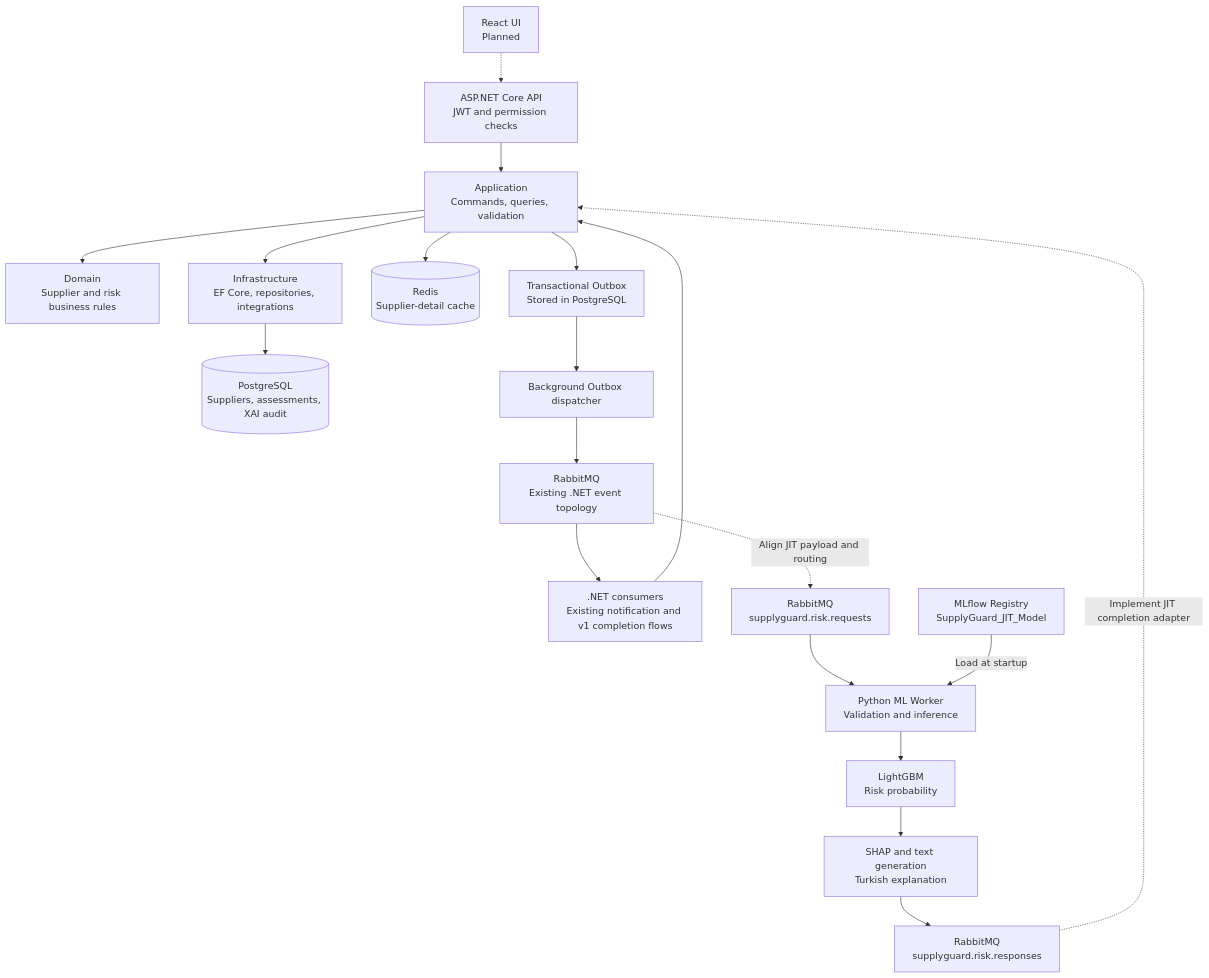
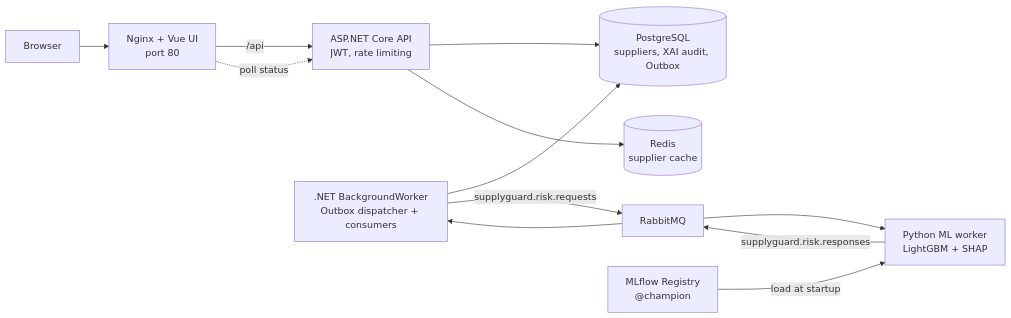
Before and after one commit to FatihAltunel/SupplyGuard: the diagram in README.md, drawn with Mermaid. The commit also changed other lines of this file, not shown here.

````diff
--- a/README.md
+++ b/README.md
@@ -31,23 +40,14 @@
 ```mermaid
-flowchart TB
-    UI["React UI<br/>Planned"] -.-> API["ASP.NET Core API<br/>JWT and permission checks"]
-    API --> APP["Application<br/>Commands, queries, validation"]
-    APP --> DOMAIN["Domain<br/>Supplier and risk business rules"]
-    APP --> INFRA["Infrastructure<br/>EF Core, repositories, integrations"]
-    INFRA --> DB[("PostgreSQL<br/>Suppliers, assessments, XAI audit")]
-    APP --> CACHE[("Redis<br/>Supplier-detail cache")]
-
-    APP --> OUTBOX["Transactional Outbox<br/>Stored in PostgreSQL"]
-    OUTBOX --> PUB["Background Outbox dispatcher"]
-    PUB --> EVENTS["RabbitMQ<br/>Existing .NET event topology"]
-    EVENTS --> CONSUMERS[".NET consumers<br/>Existing notification and v1 completion flows"]
-    CONSUMERS --> APP
-
-    EVENTS -. "Align JIT payload and routing" .-> REQUESTS["RabbitMQ<br/>supplyguard.risk.requests"]
-    REQUESTS --> WORKER["Python ML Worker<br/>Validation and inference"]
-    REGISTRY["MLflow Registry<br/>SupplyGuard_JIT_Model"] -- "Load at startup" --> WORKER
-    WORKER --> PREDICT["LightGBM<br/>Risk probability"]
-    PREDICT --> EXPLAIN["SHAP and text generation<br/>Turkish explanation"]
-    EXPLAIN --> RESPONSES["RabbitMQ<br/>supplyguard.risk.responses"]
-    RESPONSES -. "Implement JIT completion adapter" .-> APP
+flowchart LR
+    USER["Browser"] --> WEB["Nginx + Vue UI<br/>port 80"]
+    WEB -- "/api" --> API["ASP.NET Core API<br/>JWT, rate limiting"]
+    API --> DB[("PostgreSQL<br/>suppliers, XAI audit, Outbox")]
+    API --> CACHE[("Redis<br/>supplier cache")]
+    BG[".NET BackgroundWorker<br/>Outbox dispatcher + consumers"] --> DB
+    BG -- "supplyguard.risk.requests" --> MQ["RabbitMQ"]
+    MQ --> WORKER["Python ML worker<br/>LightGBM + SHAP"]
+    REG["MLflow Registry<br/>@champion"] -- "load at startup" --> WORKER
+    WORKER -- "supplyguard.risk.responses" --> MQ
+    MQ --> BG
+    WEB -. "poll status" .-> API
 ```
````
